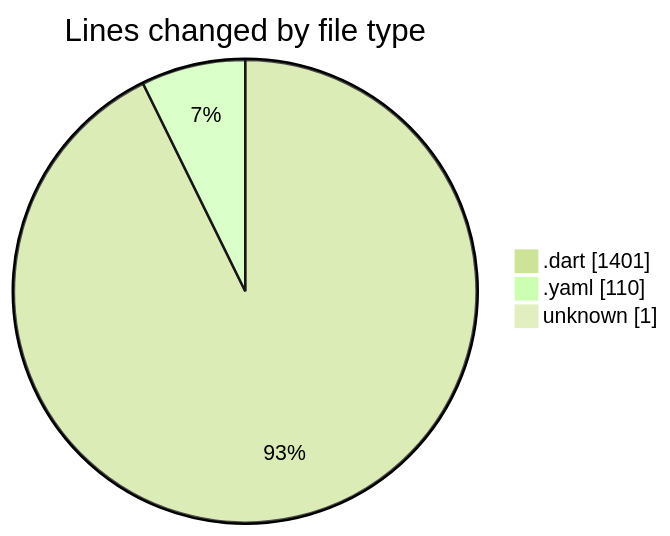
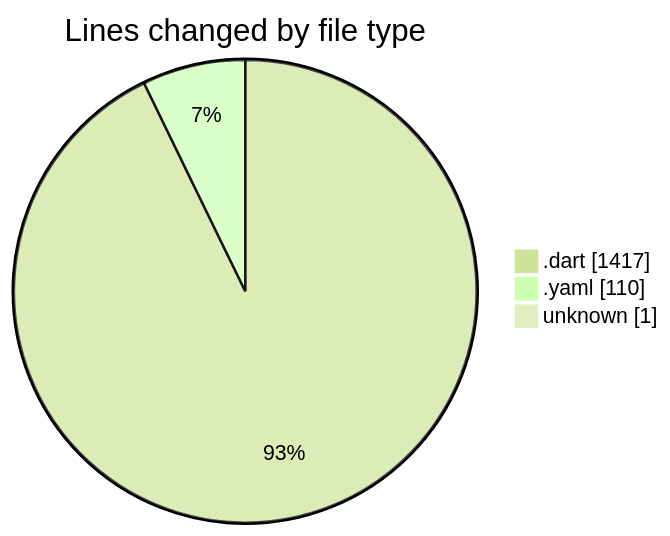
Before and after one commit to donsfak/code-tracking: the first of 2 diagrams in 2025-03-08/uber_clone/README.md, drawn with Mermaid (forest theme). The commit also changed other lines of this file and 1 other file, not shown here.

````diff
--- a/2025-03-08/uber_clone/README.md
+++ b/2025-03-08/uber_clone/README.md
@@ -24,7 +24,7 @@
 ```mermaid
 pie showData
 title Lines changed by file type
-".dart" : 1401
+".dart" : 1417
 ".yaml" : 110
 "unknown" : 1
 ```
````
